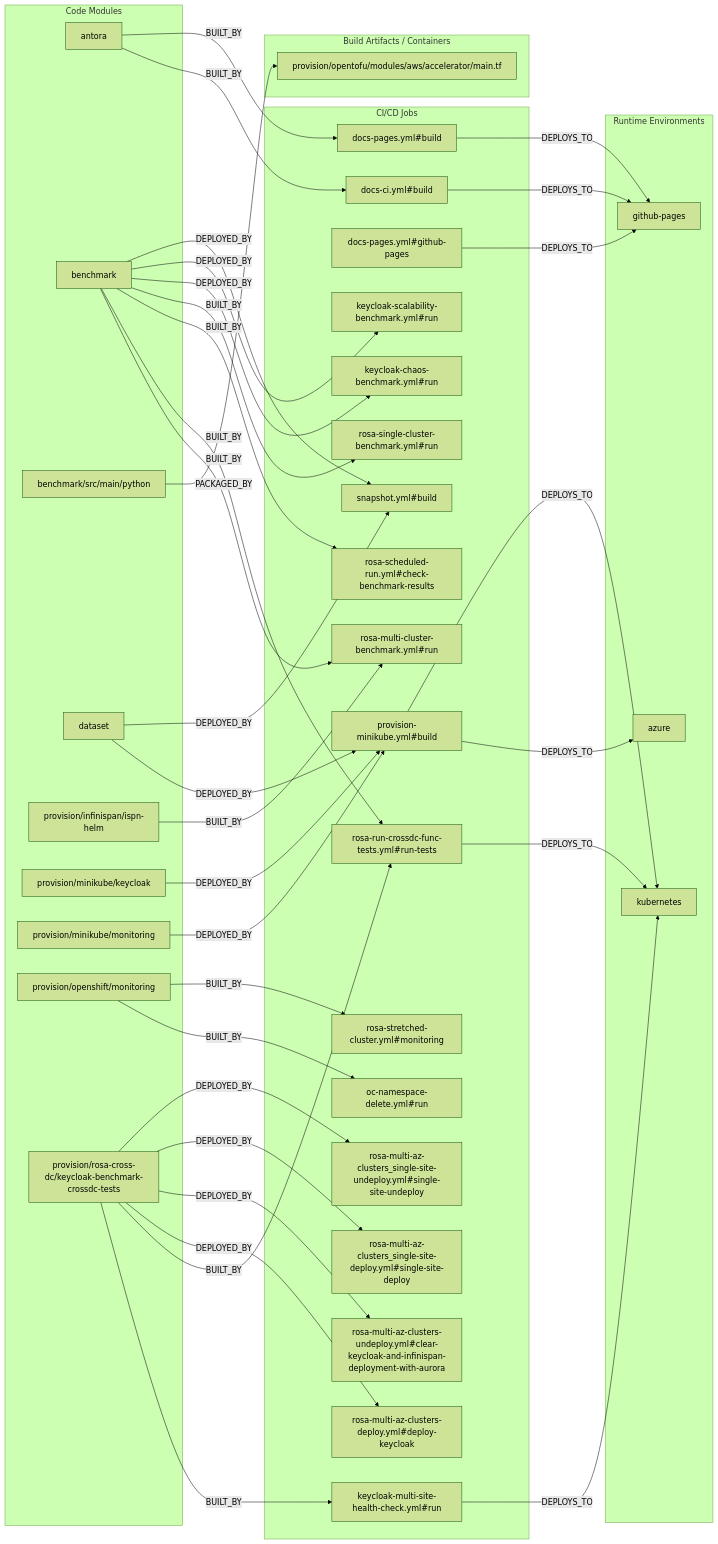
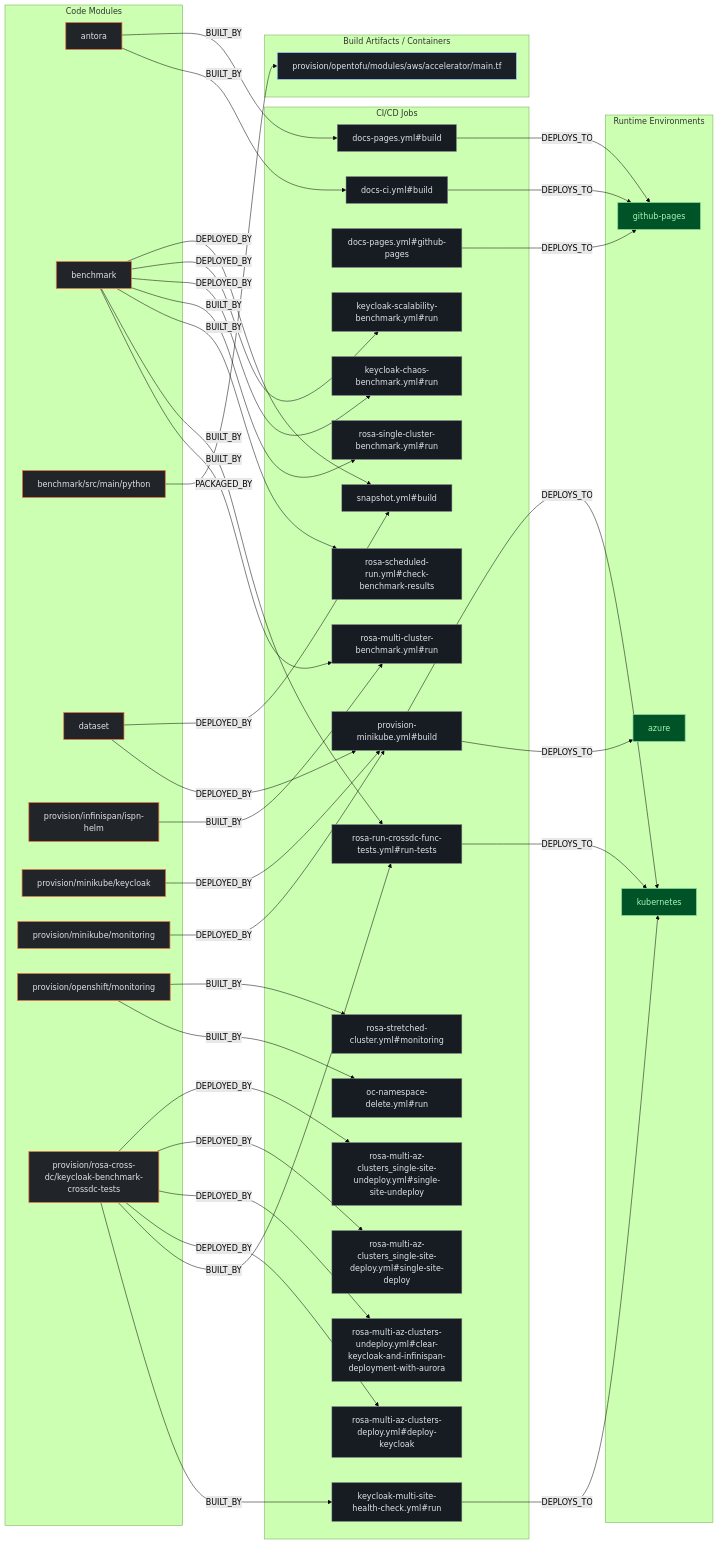
One commit to kumarshaz/atruss-code-atlas changed the second of 3 diagrams in exports/latest/reports/keycloak-keycloak-benchmark-report.md. Above: the diagram before and after it, drawn with Mermaid (forest theme). The commit also changed other lines of this file and 331 other files, not shown here.

Commit message:
docs,ui,fix: update SDLC docs, reorder CI/CD DAG first, stylize Mermaid, and fix Arc42 pipeline topology

````diff
--- a/exports/latest/reports/keycloak-keycloak-benchmark-report.md
+++ b/exports/latest/reports/keycloak-keycloak-benchmark-report.md
@@ -199,72 +206,76 @@
 ```mermaid
 flowchart LR
+    classDef atlasCategory fill:#212428,stroke:#E87A48,stroke-width:1.5px,color:#dfe3eb
+    classDef atlasWorkflow fill:#1b2026,stroke:#a3c9ff,stroke-width:1.5px,color:#dfe3eb
+    classDef atlasJob fill:#171c22,stroke:#8d9199,stroke-width:1px,color:#dfe3eb
+    classDef atlasTarget fill:#005227,stroke:#8bd99b,stroke-width:1.5px,color:#a7f6b6
     subgraph code_modules["Code Modules"]
-        mod_antora["antora"]
-        mod_benchmark["benchmark"]
-        mod_benchmark_src_main_python["benchmark/src/main/python"]
-        mod_dataset["dataset"]
-        mod_provision_infinispan_ispn_helm["provision/infinispan/ispn-helm"]
-        mod_provision_minikube_keycloak["provision/minikube/keycloak"]
-        mod_provision_minikube_monitoring["provision/minikube/monitoring"]
-        mod_provision_openshift_monitoring["provision/openshift/monitoring"]
-        mod_provision_rosa_cross_dc_keycloak_benchmark_crossdc_tests["provision/rosa-cross-dc/keycloak-benchmark-crossdc-tests"]
+        mod_antora["antora"]:::atlasCategory
+        mod_benchmark["benchmark"]:::atlasCategory
+        mod_benchmark_src_main_python["benchmark/src/main/python"]:::atlasCategory
+        mod_dataset["dataset"]:::atlasCategory
+        mod_provision_infinispan_ispn_helm["provision/infinispan/ispn-helm"]:::atlasCategory
+        mod_provision_minikube_keycloak["provision/minikube/keycloak"]:::atlasCategory
+        mod_provision_minikube_monitoring["provision/minikube/monitoring"]:::atlasCategory
+        mod_provision_openshift_monitoring["provision/openshift/monitoring"]:::atlasCategory
+        mod_provision_rosa_cross_dc_keycloak_benchmark_crossdc_tests["provision/rosa-cross-dc/keycloak-benchmark-crossdc-tests"]:::atlasCategory
     end
     subgraph build_artifacts["Build Artifacts / Containers"]
-        art_provision_opentofu_modules_aws_accelerator_main_tf["provision/opentofu/modules/aws/accelerator/main.tf"]
+        art_provision_opentofu_modules_aws_accelerator_main_tf["provision/opentofu/modules/aws/accelerator/main.tf"]:::atlasWorkflow
     end
     subgraph ci_jobs["CI/CD Jobs"]
-        job_docs_ci_yml_build["docs-ci.yml#build"]
-        job_docs_pages_yml_build["docs-pages.yml#build"]
-        job_docs_pages_yml_github_pages["docs-pages.yml#github-pages"]
-        job_keycloak_chaos_benchmark_yml_run["keycloak-chaos-benchmark.yml#run"]
-        job_keycloak_multi_site_health_check_yml_run["keycloak-multi-site-health-check.yml#run"]
-        job_keycloak_scalability_benchmark_yml_run["keycloak-scalability-benchmark.yml#run"]
-        job_oc_namespace_delete_yml_run["oc-namespace-delete.yml#run"]
-        job_provision_minikube_yml_build["provision-minikube.yml#build"]
-        job_rosa_multi_az_clusters_deploy_yml_deploy_keycloak["rosa-multi-az-clusters-deploy.yml#deploy-keycloak"]
-        job_rosa_multi_az_clusters_undeploy_yml_clear_keycloak_and_infinispan_deployment_with_aurora["rosa-multi-az-clusters-undeploy.yml#clear-keycloak-and-infinispan-deployment-with-aurora"]
-        job_rosa_multi_az_clusters_single_site_deploy_yml_single_site_deploy["rosa-multi-az-clusters_single-site-deploy.yml#single-site-deploy"]
-        job_rosa_multi_az_clusters_single_site_undeploy_yml_single_site_undeploy["rosa-multi-az-clusters_single-site-undeploy.yml#single-site-undeploy"]
-        job_rosa_multi_cluster_benchmark_yml_run["rosa-multi-cluster-benchmark.yml#run"]
-        job_rosa_run_crossdc_func_tests_yml_run_tests["rosa-run-crossdc-func-tests.yml#run-tests"]
-        job_rosa_scheduled_run_yml_check_benchmark_results["rosa-scheduled-run.yml#check-benchmark-results"]
-        job_rosa_single_cluster_benchmark_yml_run["rosa-single-cluster-benchmark.yml#run"]
-        job_rosa_stretched_cluster_yml_monitoring["rosa-stretched-cluster.yml#monitoring"]
-        job_snapshot_yml_build["snapshot.yml#build"]
+        job_docs_ci_yml_build["docs-ci.yml#build"]:::atlasJob
+        job_docs_pages_yml_build["docs-pages.yml#build"]:::atlasJob
+        job_docs_pages_yml_github_pages["docs-pages.yml#github-pages"]:::atlasJob
+        job_keycloak_chaos_benchmark_yml_run["keycloak-chaos-benchmark.yml#run"]:::atlasJob
+        job_keycloak_multi_site_health_check_yml_run["keycloak-multi-site-health-check.yml#run"]:::atlasJob
+        job_keycloak_scalability_benchmark_yml_run["keycloak-scalability-benchmark.yml#run"]:::atlasJob
+        job_oc_namespace_delete_yml_run["oc-namespace-delete.yml#run"]:::atlasJob
+        job_provision_minikube_yml_build["provision-minikube.yml#build"]:::atlasJob
+        job_rosa_multi_az_clusters_deploy_yml_deploy_keycloak["rosa-multi-az-clusters-deploy.yml#deploy-keycloak"]:::atlasJob
+        job_rosa_multi_az_clusters_undeploy_yml_clear_keycloak_and_infinispan_deployment_with_aurora["rosa-multi-az-clusters-undeploy.yml#clear-keycloak-and-infinispan-deployment-with-aurora"]:::atlasJob
+        job_rosa_multi_az_clusters_single_site_deploy_yml_single_site_deploy["rosa-multi-az-clusters_single-site-deploy.yml#single-site-deploy"]:::atlasJob
+        job_rosa_multi_az_clusters_single_site_undeploy_yml_single_site_undeploy["rosa-multi-az-clusters_single-site-undeploy.yml#single-site-undeploy"]:::atlasJob
+        job_rosa_multi_cluster_benchmark_yml_run["rosa-multi-cluster-benchmark.yml#run"]:::atlasJob
+        job_rosa_run_crossdc_func_tests_yml_run_tests["rosa-run-crossdc-func-tests.yml#run-tests"]:::atlasJob
+        job_rosa_scheduled_run_yml_check_benchmark_results["rosa-scheduled-run.yml#check-benchmark-results"]:::atlasJob
+        job_rosa_single_cluster_benchmark_yml_run["rosa-single-cluster-benchmark.yml#run"]:::atlasJob
+        job_rosa_stretched_cluster_yml_monitoring["rosa-stretched-cluster.yml#monitoring"]:::atlasJob
+        job_snapshot_yml_build["snapshot.yml#build"]:::atlasJob
     end
     subgraph runtime_envs["Runtime Environments"]
-        env_azure["azure"]
-        env_github_pages["github-pages"]
-        env_kubernetes["kubernetes"]
+        env_azure["azure"]:::atlasTarget
+        env_github_pages["github-pages"]:::atlasTarget
+        env_kubernetes["kubernetes"]:::atlasTarget
     end
     job_docs_ci_yml_build -->|DEPLOYS_TO| env_github_pages
     job_docs_pages_yml_build -->|DEPLOYS_TO| env_github_pages
     job_docs_pages_yml_github_pages -->|DEPLOYS_TO| env_github_pages
     job_keycloak_multi_site_health_check_yml_run -->|DEPLOYS_TO| env_kubernetes
     job_provision_minikube_yml_build -->|DEPLOYS_TO| env_azure
     job_provision_minikube_yml_build -->|DEPLOYS_TO| env_kubernetes
     job_rosa_run_crossdc_func_tests_yml_run_tests -->|DEPLOYS_TO| env_kubernetes
     mod_antora -->|BUILT_BY| job_docs_ci_yml_build
     mod_antora -->|BUILT_BY| job_docs_pages_yml_build
     mod_benchmark -->|BUILT_BY| job_rosa_multi_cluster_benchmark_yml_run
     mod_benchmark -->|BUILT_BY| job_rosa_run_crossdc_func_tests_yml_run_tests
     mod_benchmark -->|BUILT_BY| job_rosa_scheduled_run_yml_check_benchmark_results
     mod_benchmark -->|BUILT_BY| job_rosa_single_cluster_benchmark_yml_run
     mod_benchmark -->|DEPLOYED_BY| job_keycloak_chaos_benchmark_yml_run
     mod_benchmark -->|DEPLOYED_BY| job_keycloak_scalability_benchmark_yml_run
     mod_benchmark -->|DEPLOYED_BY| job_snapshot_yml_build
     mod_benchmark_src_main_python -->|PACKAGED_BY| art_provision_opentofu_modules_aws_accelerator_main_tf
     mod_dataset -->|DEPLOYED_BY| job_provision_minikube_yml_build
     mod_dataset -->|DEPLOYED_BY| job_snapshot_yml_build
     mod_provision_infinispan_ispn_helm -->|BUILT_BY| job_rosa_multi_cluster_benchmark_yml_run
     mod_provision_minikube_keycloak -->|DEPLOYED_BY| job_provision_minikube_yml_build
     mod_provision_minikube_monitoring -->|DEPLOYED_BY| job_provision_minikube_yml_build
     mod_provision_openshift_monitoring -->|BUILT_BY| job_oc_namespace_delete_yml_run
     mod_provision_openshift_monitoring -->|BUILT_BY| job_rosa_stretched_cluster_yml_monitoring
     mod_provision_rosa_cross_dc_keycloak_benchmark_crossdc_tests -->|BUILT_BY| job_keycloak_multi_site_health_check_yml_run
     mod_provision_rosa_cross_dc_keycloak_benchmark_crossdc_tests -->|BUILT_BY| job_rosa_run_crossdc_func_tests_yml_run_tests
     mod_provision_rosa_cross_dc_keycloak_benchmark_crossdc_tests -->|DEPLOYED_BY| job_rosa_multi_az_clusters_deploy_yml_deploy_keycloak
     mod_provision_rosa_cross_dc_keycloak_benchmark_crossdc_tests -->|DEPLOYED_BY| job_rosa_multi_az_clusters_undeploy_yml_clear_keycloak_and_infinispan_deployment_with_aurora
     mod_provision_rosa_cross_dc_keycloak_benchmark_crossdc_tests -->|DEPLOYED_BY| job_rosa_multi_az_clusters_single_site_deploy_yml_single_site_deploy
     mod_provision_rosa_cross_dc_keycloak_benchmark_crossdc_tests -->|DEPLOYED_BY| job_rosa_multi_az_clusters_single_site_undeploy_yml_single_site_undeploy
 ```
````
